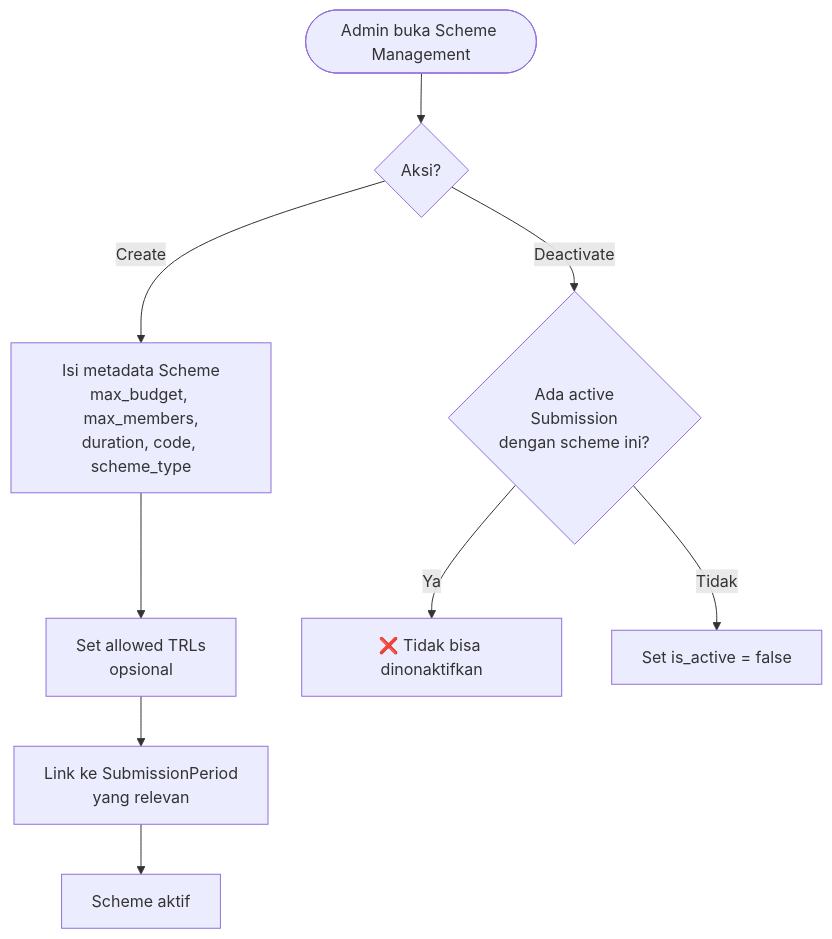
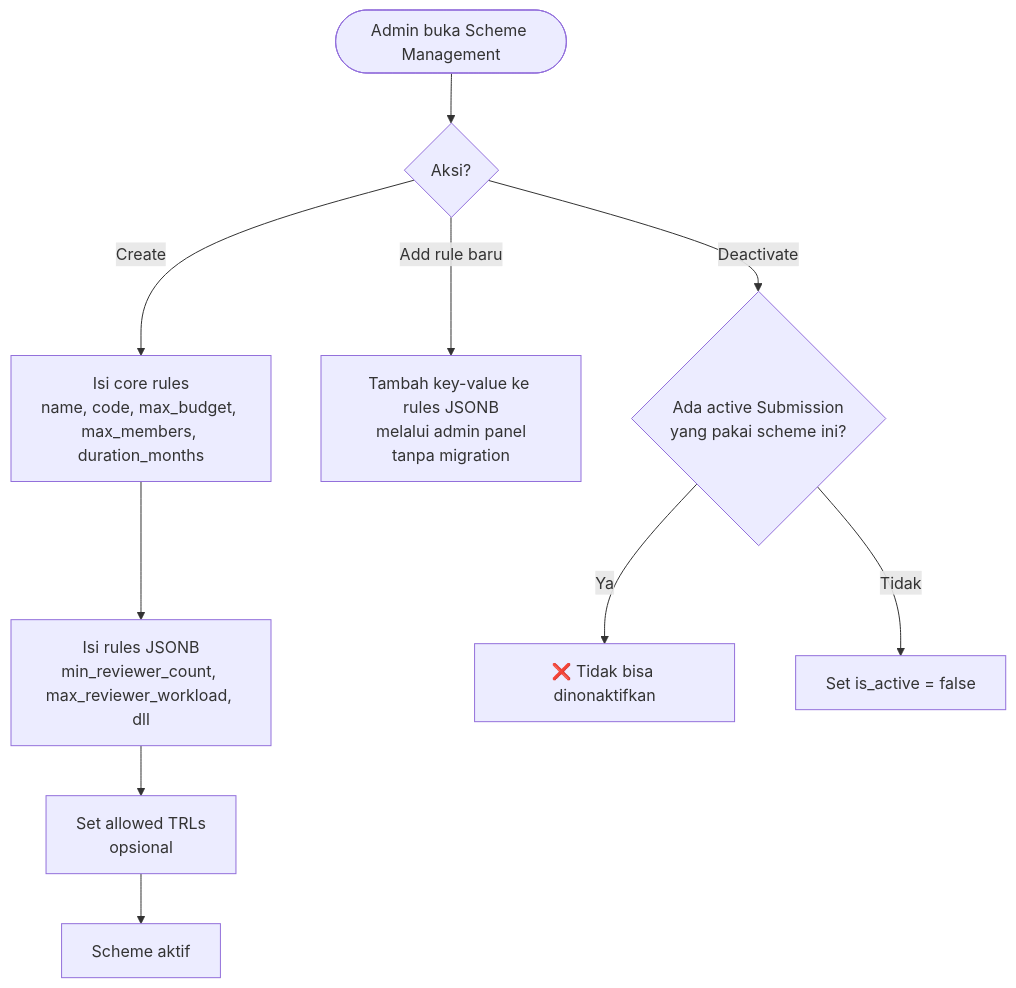
The first of 3 diagrams in docs/requirement-analysis/ddd/supporting/04_scheme.md (nas11ai/sim-kerjasama-itk), drawn with Mermaid before and after one commit. The commit also changed other lines of this file and 12 other files, not shown here.

````diff
--- a/docs/requirement-analysis/ddd/supporting/04_scheme.md
+++ b/docs/requirement-analysis/ddd/supporting/04_scheme.md
@@ -19,13 +19,15 @@
 ```mermaid
 flowchart TD
     START([Admin buka Scheme Management]) --> A{Aksi?}
 
-    A -->|Create| B[Isi metadata Scheme<br/>max_budget, max_members,<br/>duration, code, scheme_type]
-    B --> C[Set allowed TRLs<br/>opsional]
-    C --> D[Link ke SubmissionPeriod<br/>yang relevan]
+    A -->|Create| B[Isi core rules<br/>name, code, max_budget, max_members, duration_months]
+    B --> C[Isi rules JSONB<br/>min_reviewer_count, max_reviewer_workload, dll]
+    C --> D[Set allowed TRLs<br/>opsional]
     D --> E[Scheme aktif]
 
-    A -->|Deactivate| F{Ada active<br/>Submission<br/>dengan scheme ini?}
-    F -->|Ya| G[❌ Tidak bisa dinonaktifkan]
-    F -->|Tidak| H[Set is_active = false]
+    A -->|Add rule baru| F[Tambah key-value ke rules JSONB<br/>melalui admin panel<br/>tanpa migration]
+
+    A -->|Deactivate| G{Ada active Submission<br/>yang pakai scheme ini?}
+    G -->|Ya| H[❌ Tidak bisa dinonaktifkan]
+    G -->|Tidak| I[Set is_active = false]
 ```
````
